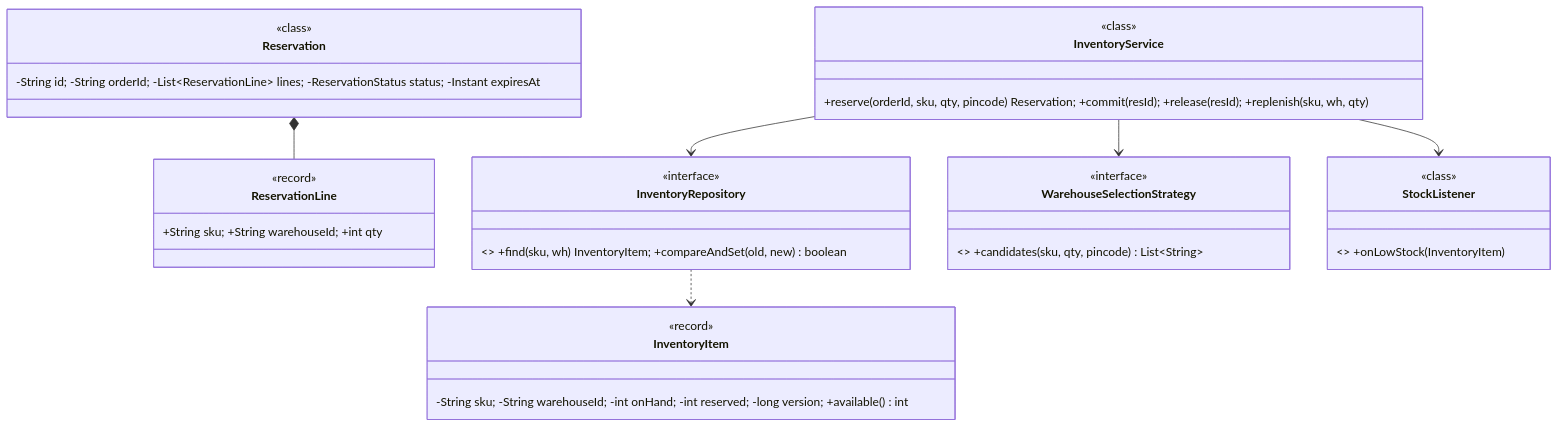
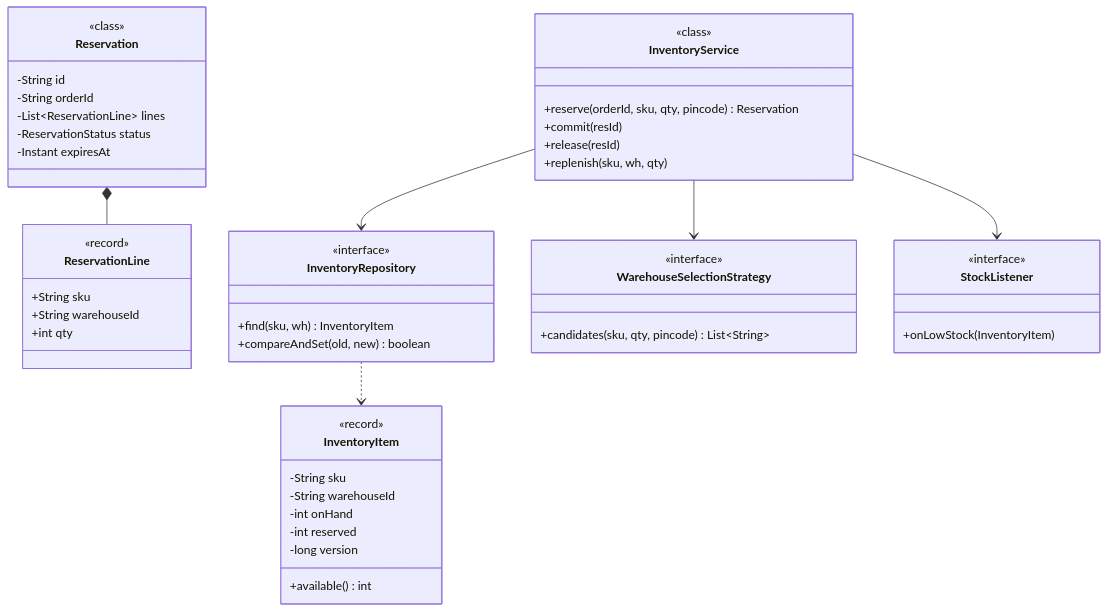
The first of 2 diagrams in system-design/lld/05-inventory-management.md (amarkum/amarkumar.guru), drawn with Mermaid before and after one commit. The commit also changed other lines of this file and 27 other files, not shown here.

````diff
--- a/system-design/lld/05-inventory-management.md
+++ b/system-design/lld/05-inventory-management.md
@@ -38,36 +38,68 @@
 ```mermaid
 classDiagram
-    class InventoryItem { -String sku; -String warehouseId; -int onHand; -int reserved; -long version; +available() int }
-    class Reservation { -String id; -String orderId; -List~ReservationLine~ lines; -ReservationStatus status; -Instant expiresAt }
-    class ReservationLine { +String sku; +String warehouseId; +int qty }
-    class InventoryRepository { <<interface>> +find(sku, wh) InventoryItem; +compareAndSet(old, new) boolean }
-    class WarehouseSelectionStrategy { <<interface>> +candidates(sku, qty, pincode) List~String~ }
-    class InventoryService { +reserve(orderId, sku, qty, pincode) Reservation; +commit(resId); +release(resId); +replenish(sku, wh, qty) }
-    class StockListener { <<interface>> +onLowStock(InventoryItem) }
+    class InventoryItem {
+      -String sku
+      -String warehouseId
+      -int onHand
+      -int reserved
+      -long version
+      +available() int
+    }
+    class Reservation {
+      -String id
+      -String orderId
+      -List~ReservationLine~ lines
+      -ReservationStatus status
+      -Instant expiresAt
+    }
+    class ReservationLine {
+      +String sku
+      +String warehouseId
+      +int qty
+    }
+    class InventoryRepository {
+      <<interface>>
+      +find(sku, wh) InventoryItem
+      +compareAndSet(old, new) boolean
+    }
+    class WarehouseSelectionStrategy {
+      <<interface>>
+      +candidates(sku, qty, pincode) List~String~
+    }
+    class InventoryService {
+      +reserve(orderId, sku, qty, pincode) Reservation
+      +commit(resId)
+      +release(resId)
+      +replenish(sku, wh, qty)
+    }
+    class StockListener {
+      <<interface>>
+      +onLowStock(InventoryItem)
+    }
     Reservation *-- ReservationLine
     InventoryService --> InventoryRepository
     InventoryService --> WarehouseSelectionStrategy
     InventoryService --> StockListener
     InventoryRepository ..> InventoryItem
     class Reservation {
       <<class>>
     }
     class ReservationLine {
       <<record>>
     }
     class InventoryService {
       <<class>>
     }
     class StockListener {
       <<class>>
     }
     class WarehouseSelectionStrategy {
       <<interface>>
     }
     class InventoryRepository {
       <<interface>>
     }
     class InventoryItem {
       <<record>>
     }
 ```
````
